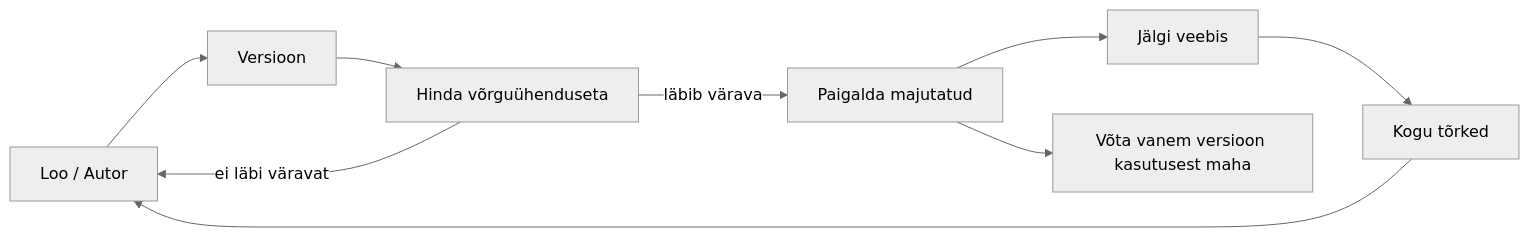
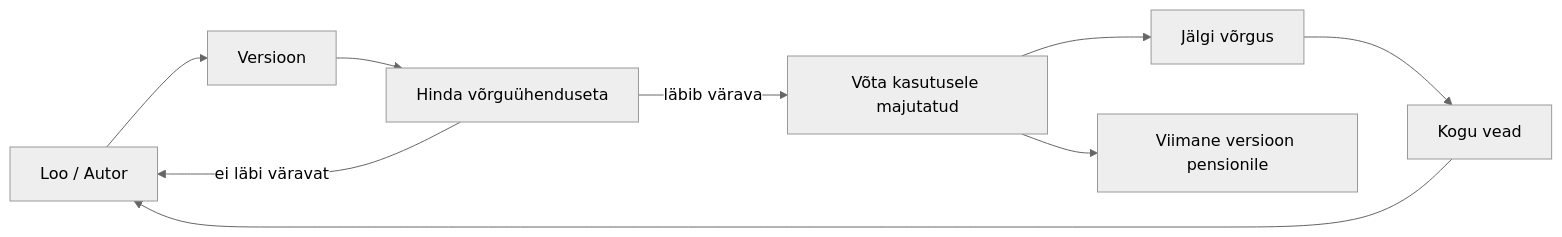
One commit to microsoft/ai-agents-for-beginners changed the second of 4 diagrams in translations/et/16-deploying-scalable-agents/README.md. Above: the diagram before and after it, drawn with Mermaid (neutral theme). The commit also changed other lines of this file and 46 other files, not shown here.

````diff
--- a/translations/et/16-deploying-scalable-agents/README.md
+++ b/translations/et/16-deploying-scalable-agents/README.md
@@ -108,11 +108,11 @@
 ```mermaid
 flowchart LR
     Create[Loo / Autor] --> Version[Versioon]
     Version --> Evaluate[Hinda võrguühenduseta]
-    Evaluate -->|läbib värava| Deploy[Paigalda majutatud]
+    Evaluate -->|läbib värava| Deploy[Võta kasutusele majutatud]
     Evaluate -->|ei läbi väravat| Create
-    Deploy --> Observe[Jälgi veebis]
-    Observe --> Improve[Kogu tõrked]
+    Deploy --> Observe[Jälgi võrgus]
+    Observe --> Improve[Kogu vead]
     Improve --> Create
-    Deploy --> Retire[Võta vanem versioon kasutusest maha]
+    Deploy --> Retire[Viimane versioon pensionile]
 ```
````
